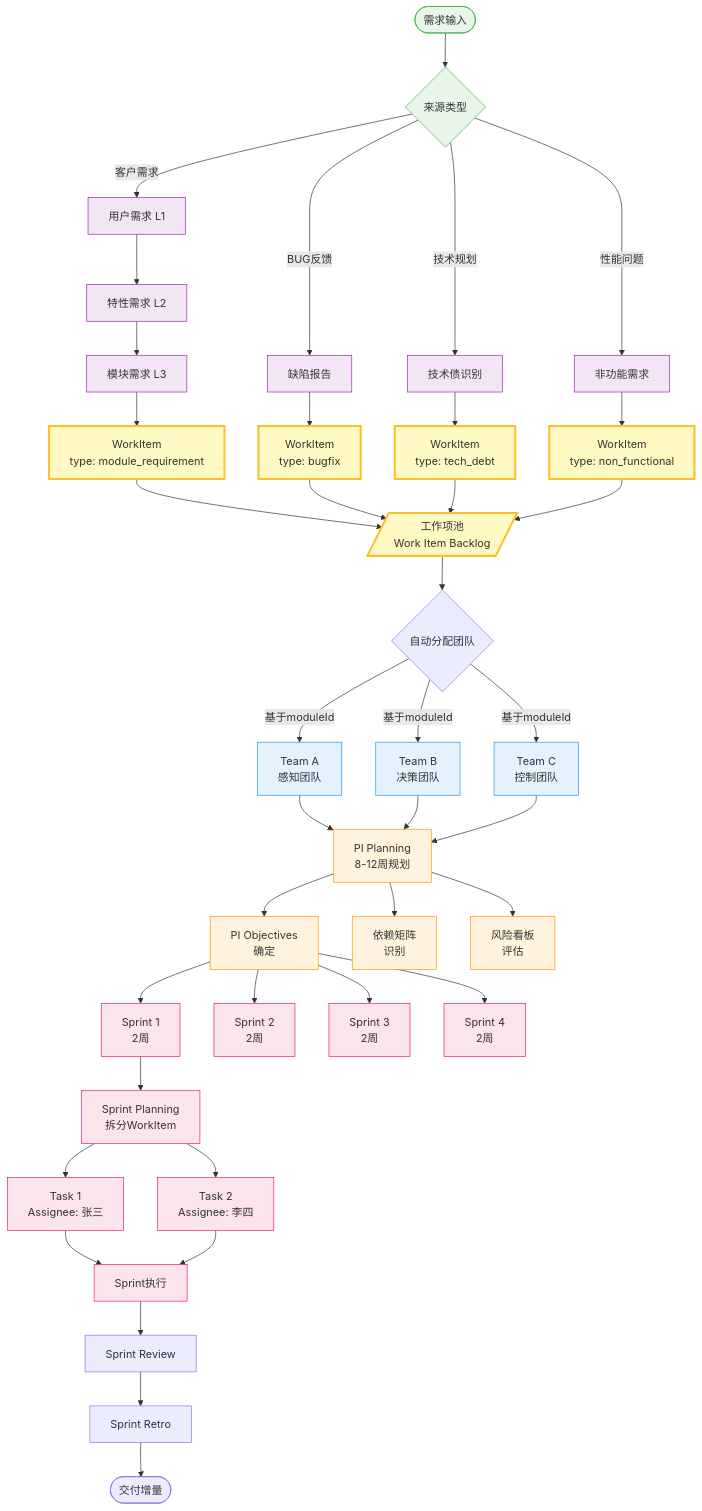
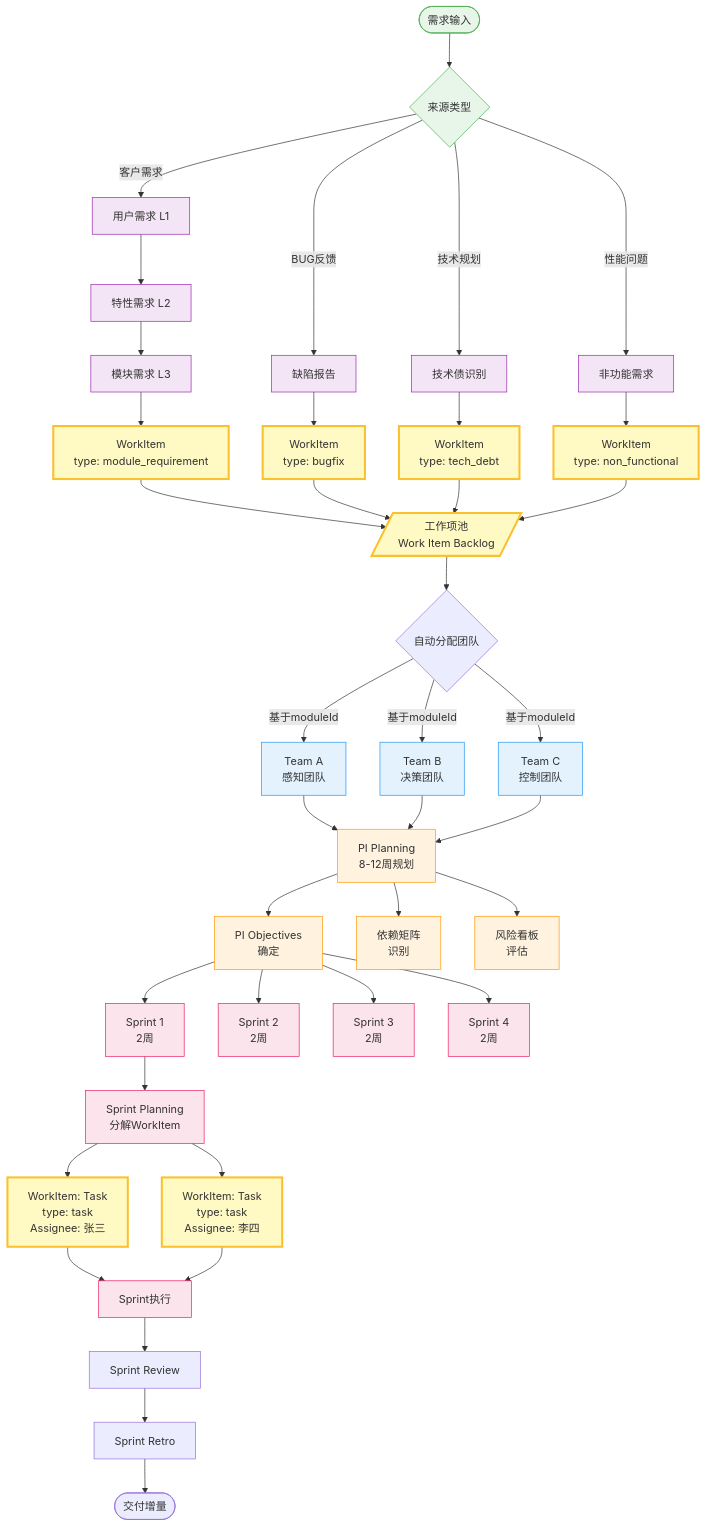
The second of 10 diagrams in Architecture/v2/04-task/TASK_BASED_ARCHITECTURE_V3.md (zjx-immersion/domain-model-design), drawn with Mermaid before and after one commit. The commit also changed other lines of this file, not shown here.

First line of the commit message:
refactor: 修正WorkItem架构设计 - WorkItem是基础模型，Task是其一种类型

````diff
--- a/Architecture/v2/04-task/TASK_BASED_ARCHITECTURE_V3.md
+++ b/Architecture/v2/04-task/TASK_BASED_ARCHITECTURE_V3.md
@@ -186,75 +210,75 @@
 ```mermaid
 flowchart TD
     %% 需求输入
     Start([需求输入]) --> ReqType{来源类型}
     
     ReqType -->|客户需求| UR[用户需求 L1]
     ReqType -->|BUG反馈| Bug[缺陷报告]
     ReqType -->|技术规划| TD[技术债识别]
     ReqType -->|性能问题| NF[非功能需求]
     
     %% 需求分解
     UR --> FR[特性需求 L2]
     FR --> MR[模块需求 L3]
     
     %% 工作项创建
     MR --> WI1[WorkItem<br/>type: module_requirement]
     Bug --> WI2[WorkItem<br/>type: bugfix]
     TD --> WI3[WorkItem<br/>type: tech_debt]
     NF --> WI4[WorkItem<br/>type: non_functional]
     
     WI1 --> WIPool
     WI2 --> WIPool
     WI3 --> WIPool
     WI4 --> WIPool
     
     %% 工作项池
     WIPool[/工作项池<br/>Work Item Backlog/] --> AutoAssign{自动分配团队}
     
     AutoAssign -->|基于moduleId| TeamA[Team A<br/>感知团队]
     AutoAssign -->|基于moduleId| TeamB[Team B<br/>决策团队]
     AutoAssign -->|基于moduleId| TeamC[Team C<br/>控制团队]
     
     %% PI Planning
     TeamA --> PIPlanning[PI Planning<br/>8-12周规划]
     TeamB --> PIPlanning
     TeamC --> PIPlanning
     
     PIPlanning --> PIObj[PI Objectives<br/>确定]
     PIPlanning --> DepMatrix[依赖矩阵<br/>识别]
     PIPlanning --> RiskBoard[风险看板<br/>评估]
     
     %% Sprint分配
     PIObj --> Sprint1[Sprint 1<br/>2周]
     PIObj --> Sprint2[Sprint 2<br/>2周]
     PIObj --> Sprint3[Sprint 3<br/>2周]
     PIObj --> Sprint4[Sprint 4<br/>2周]
     
     %% Sprint Planning
-    Sprint1 --> SP1[Sprint Planning<br/>拆分WorkItem]
-    SP1 --> Task1[Task 1<br/>Assignee: 张三]
-    SP1 --> Task2[Task 2<br/>Assignee: 李四]
+    Sprint1 --> SP1[Sprint Planning<br/>分解WorkItem]
+    SP1 --> WI_Task1[WorkItem: Task<br/>type: task<br/>Assignee: 张三]
+    SP1 --> WI_Task2[WorkItem: Task<br/>type: task<br/>Assignee: 李四]
     
-    %% 任务执行
-    Task1 --> Exec[Sprint执行]
-    Task2 --> Exec
+    %% 工作项执行
+    WI_Task1 --> Exec[Sprint执行]
+    WI_Task2 --> Exec
     
     Exec --> Review[Sprint Review]
     Review --> Retro[Sprint Retro]
     Retro --> Done([交付增量])
     
     %% 样式
     classDef inputStyle fill:#e8f5e9,stroke:#4caf50
     classDef reqStyle fill:#f3e5f5,stroke:#9c27b0
     classDef wiStyle fill:#fff9c4,stroke:#fbc02d,stroke-width:3px
     classDef teamStyle fill:#e3f2fd,stroke:#2196f3
     classDef piStyle fill:#fff3e0,stroke:#ff9800
-    classDef sprintStyle fill:#fce4ec,stroke:#e91e63
+    classDef execStyle fill:#fce4ec,stroke:#e91e63
     
     class Start,ReqType inputStyle
     class UR,FR,MR,Bug,TD,NF reqStyle
-    class WI1,WI2,WI3,WI4,WIPool wiStyle
+    class WI1,WI2,WI3,WI4,WIPool,WI_Task1,WI_Task2 wiStyle
     class TeamA,TeamB,TeamC teamStyle
     class PIPlanning,PIObj,DepMatrix,RiskBoard piStyle
-    class Sprint1,Sprint2,Sprint3,Sprint4,SP1,Task1,Task2,Exec sprintStyle
+    class Sprint1,Sprint2,Sprint3,Sprint4,SP1,Exec execStyle
 ```
````
